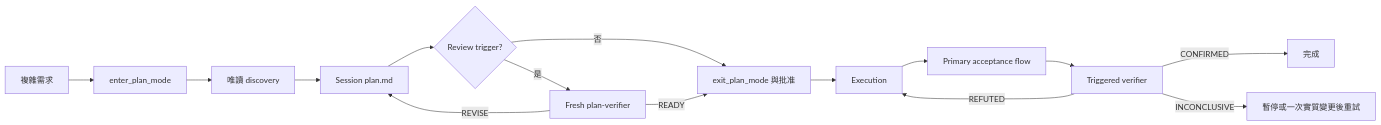
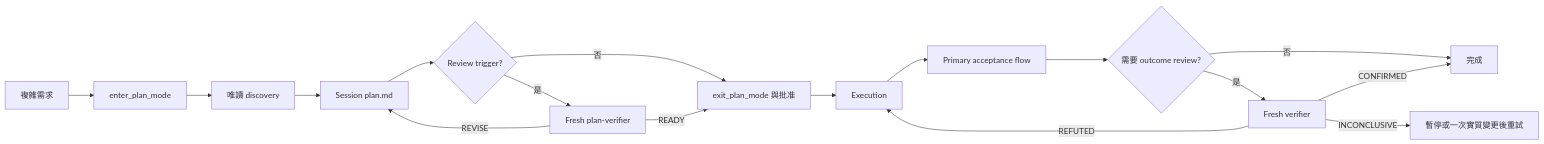
The third of 3 diagrams in README.zh-TW.md (Nanako0129/pilotfish-grok), drawn with Mermaid before and after one commit. The commit also changed other lines of this file and 7 other files, not shown here.

First line of the commit message:
fix(orchestration): separate Plan and outcome review gates

````diff
--- a/README.zh-TW.md
+++ b/README.zh-TW.md
@@ -128,17 +129,19 @@
 ```mermaid
 flowchart LR
     R[複雜需求] --> N[enter_plan_mode]
     N --> D[唯讀 discovery]
     D --> P[Session plan.md]
     P --> T{Review trigger?}
     T -->|是| PV[Fresh plan-verifier]
     T -->|否| A
     PV -->|REVISE| P
     PV -->|READY| A[exit_plan_mode 與批准]
     A --> E[Execution]
     E --> F[Primary acceptance flow]
-    F --> V[Triggered verifier]
+    F --> O{需要 outcome review?}
+    O -->|是| V[Fresh verifier]
+    O -->|否| Done
     V -->|REFUTED| E
     V -->|CONFIRMED| Done[完成]
     V -->|INCONCLUSIVE| Pause[暫停或一次實質變更後重試]
 ```
````
